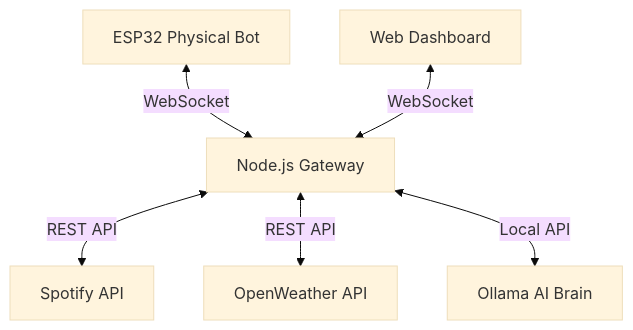
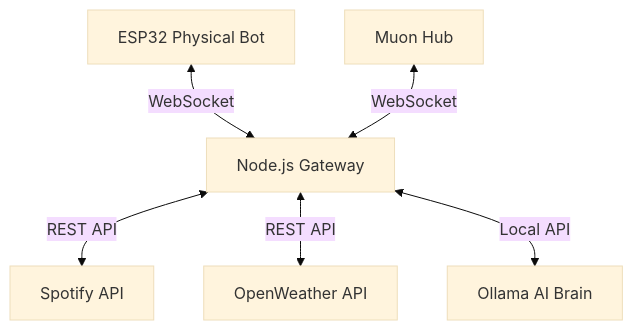
The diagram in docs/SYSTEM_ARCHITECTURE.md (nabil24024004/Desk-bot), drawn with Mermaid (base theme) before and after one commit. The commit also changed other lines of this file and 13 other files, not shown here.

Commit message:
feat: initialize Muon project with ESP32 firmware, Node.js backend, and Next.js dashboard documentation

````diff
--- a/docs/SYSTEM_ARCHITECTURE.md
+++ b/docs/SYSTEM_ARCHITECTURE.md
@@ -7,8 +7,8 @@
 ```mermaid
 graph TD
     A[ESP32 Physical Bot] <-->|WebSocket| B[Node.js Gateway]
-    C[Web Dashboard] <-->|WebSocket| B
+    C[Muon Hub] <-->|WebSocket| B
     B <-->|REST API| D[Spotify API]
     B <-->|REST API| E[OpenWeather API]
     B <-->|Local API| F[Ollama AI Brain]
 ```
````
